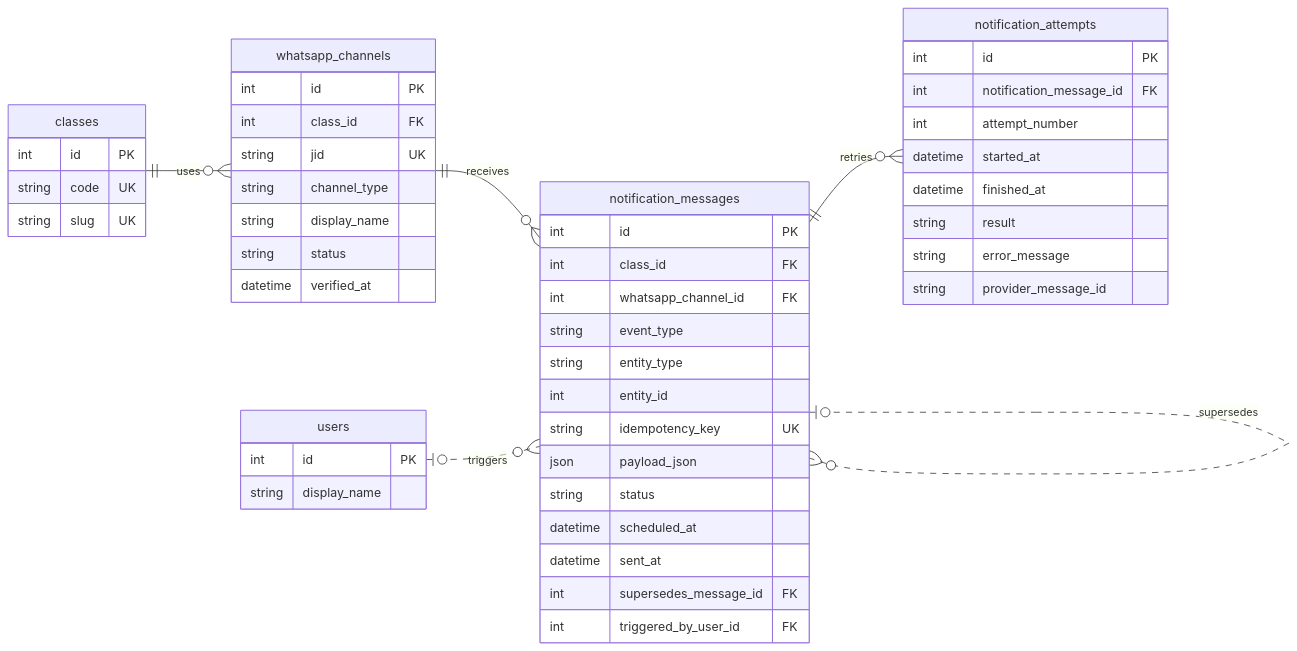
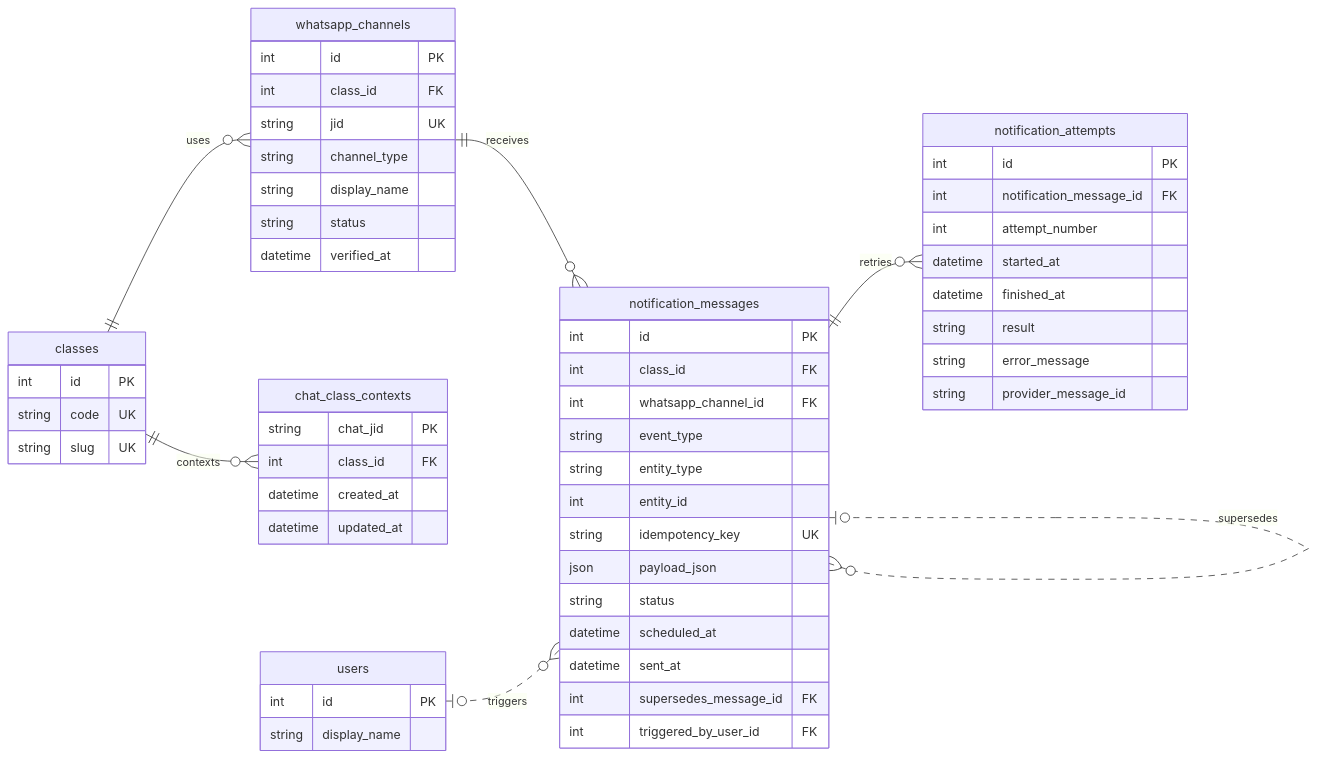
One commit to darvaaph/bot-wa-jadwal changed the sixth of 7 diagrams in docs/product/ERD.md. Above: the diagram before and after it, drawn with Mermaid. The commit also changed 17 other files, not shown here.

Commit message:
feat: add core backend modules, database schema, tests, and documentation

````diff
--- a/docs/product/ERD.md
+++ b/docs/product/ERD.md
@@ -453,54 +453,61 @@
 ```mermaid
 erDiagram
     direction LR
 
     classes ||--o{ whatsappChannels : uses
+    classes ||--o{ chatClassContexts : contexts
     whatsappChannels ||--o{ notificationMessages : receives
     notificationMessages ||--o{ notificationAttempts : retries
     notificationMessages o|..o{ notificationMessages : supersedes
     users o|..o{ notificationMessages : triggers
 
     classes["classes"] {
         int id PK
         string code UK
         string slug UK
+    }
+    chatClassContexts["chat_class_contexts"] {
+        string chat_jid PK
+        int class_id FK
+        datetime created_at
+        datetime updated_at
     }
     whatsappChannels["whatsapp_channels"] {
         int id PK
         int class_id FK
         string jid UK
         string channel_type
         string display_name
         string status
         datetime verified_at
     }
     notificationMessages["notification_messages"] {
         int id PK
         int class_id FK
         int whatsapp_channel_id FK
         string event_type
         string entity_type
         int entity_id
         string idempotency_key UK
         json payload_json
         string status
         datetime scheduled_at
         datetime sent_at
         int supersedes_message_id FK
         int triggered_by_user_id FK
     }
     notificationAttempts["notification_attempts"] {
         int id PK
         int notification_message_id FK
         int attempt_number
         datetime started_at
         datetime finished_at
         string result
         string error_message
         string provider_message_id
     }
     users["users"] {
         int id PK
         string display_name
     }
 ```
````
